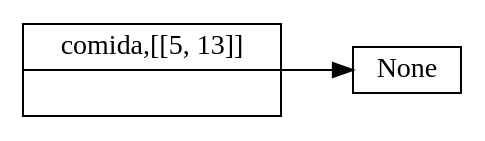
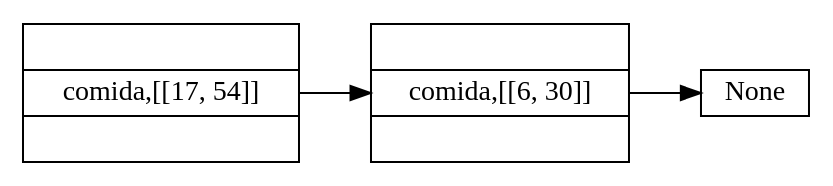
The diagram in grafica2.dot (Gramajooo/SnakePython), drawn with Graphviz before and after one commit. The commit also changed 9 other files, not shown here.

```diff
--- a/grafica2.dot
+++ b/grafica2.dot
@@ -1,6 +1,8 @@
 digraph Pila {
 	graph [rankdir=LR]
 	node [height=.1 shape=record]
-	<Pila.NodoPi object at 0x03525D90> [label="<f0> comida,[[5, 13]]|<f1>"]
-	<Pila.NodoPi object at 0x03525D90> -> None
+	<Pila.NodoPi object at 0x02E55F50> [label="<f0> |<f1> comida,[[17, 54]]|<f2>"]
+	<Pila.NodoPi object at 0x02E55F50> -> <Pila.NodoPi object at 0x02E55F10>
+	<Pila.NodoPi object at 0x02E55F10> [label="<f0> |<f1> comida,[[6, 30]]|<f2>"]
+	<Pila.NodoPi object at 0x02E55F10> -> None
 }
```
